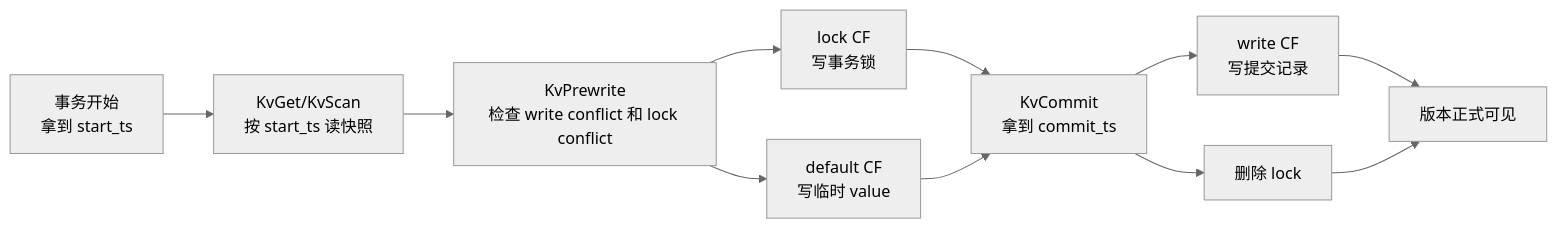
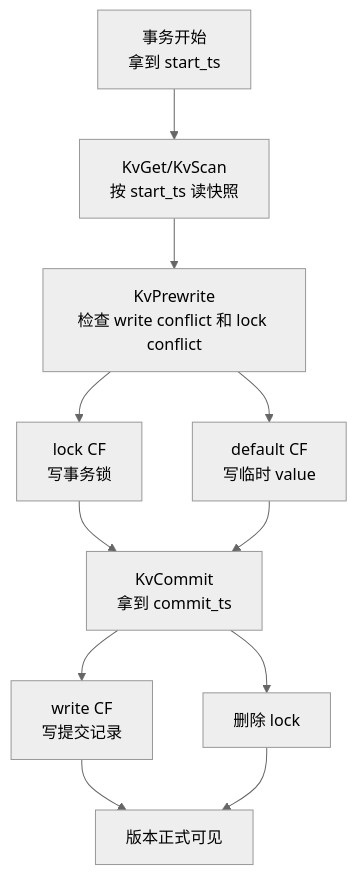
The fifth of 6 diagrams in source/_posts/07-MIT6.5840和TinyKV-从分布式系统到分布式数据库存储层.md (forwaryan/forwaryan.github.io), drawn with Mermaid (neutral theme) before and after one commit. The commit also changed other lines of this file and 4 other files, not shown here.

Commit message:
Improve diagram layout and zoom

```diff
--- a/source/_posts/07-MIT6.5840和TinyKV-从分布式系统到分布式数据库存储层.md
+++ b/source/_posts/07-MIT6.5840和TinyKV-从分布式系统到分布式数据库存储层.md
@@ -380,13 +382,13 @@
 {% mermaid %}
-flowchart LR
-    BEGIN["事务开始\n拿到 start_ts"] --> READ["KvGet/KvScan\n按 start_ts 读快照"]
-    READ --> PRE["KvPrewrite\n检查 write conflict 和 lock conflict"]
-    PRE --> LOCK["lock CF\n写事务锁"]
-    PRE --> DEFAULT["default CF\n写临时 value"]
-    LOCK --> COMMIT["KvCommit\n拿到 commit_ts"]
+flowchart TB
+    BEGIN["事务开始<br/>拿到 start_ts"] --> READ["KvGet/KvScan<br/>按 start_ts 读快照"]
+    READ --> PRE["KvPrewrite<br/>检查 write conflict 和 lock conflict"]
+    PRE --> LOCK["lock CF<br/>写事务锁"]
+    PRE --> DEFAULT["default CF<br/>写临时 value"]
+    LOCK --> COMMIT["KvCommit<br/>拿到 commit_ts"]
     DEFAULT --> COMMIT
-    COMMIT --> WRITE["write CF\n写提交记录"]
+    COMMIT --> WRITE["write CF<br/>写提交记录"]
     COMMIT --> UNLOCK["删除 lock"]
     WRITE --> VISIBLE["版本正式可见"]
     UNLOCK --> VISIBLE
 {% endmermaid %}
```
